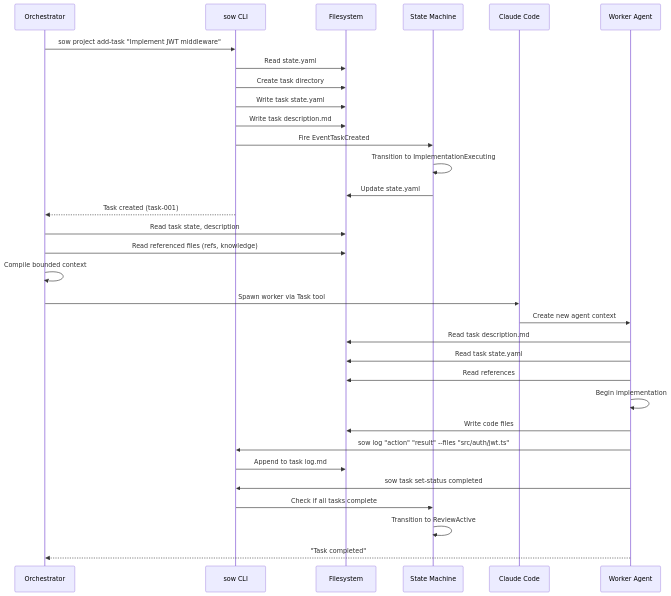
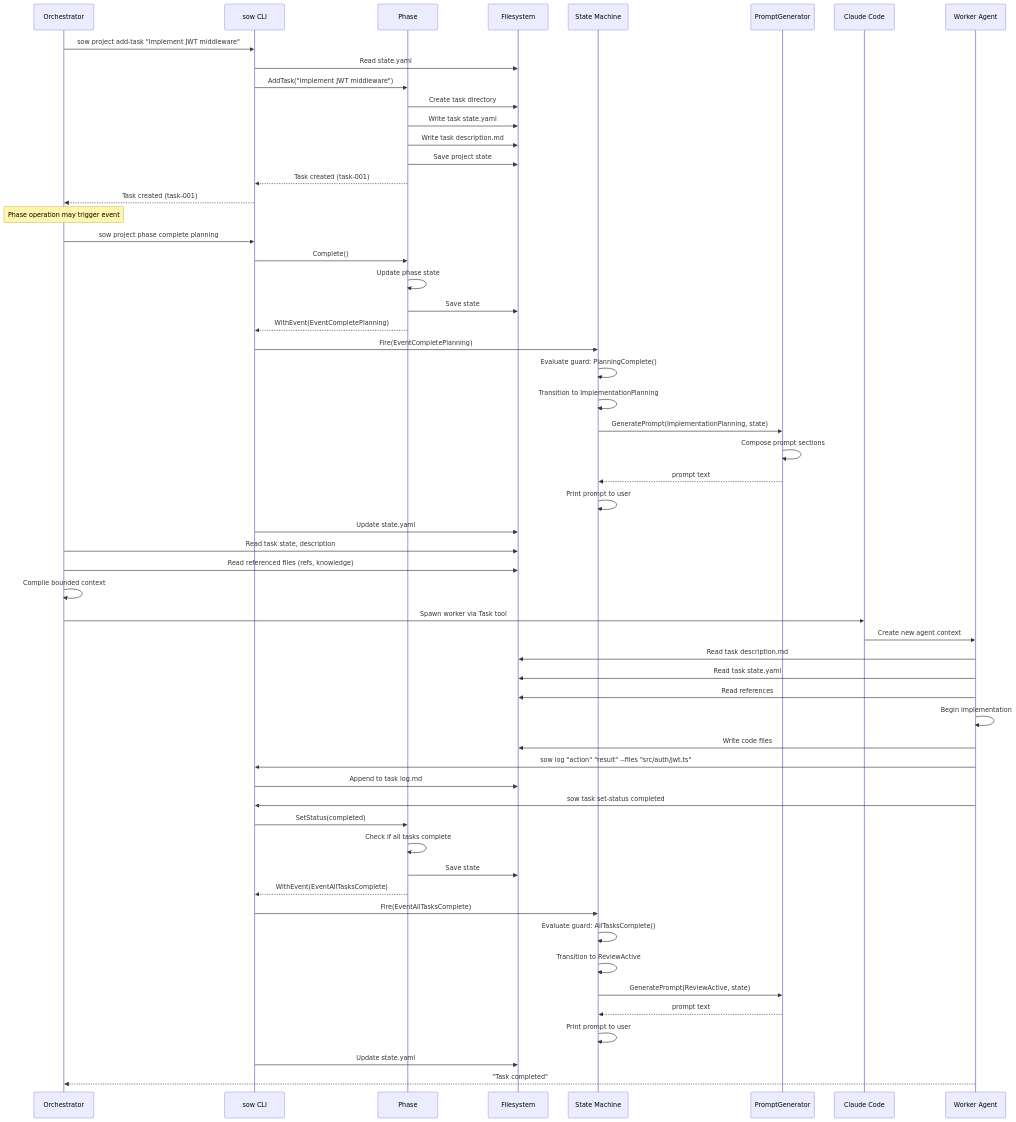
Before and after one commit to jmgilman/sow: the second of 6 diagrams in docs/architecture/06-runtime-view.md, drawn with Mermaid. The commit also changed other lines of this file and 62 other files, not shown here.

````diff
--- a/docs/architecture/06-runtime-view.md
+++ b/docs/architecture/06-runtime-view.md
@@ -55,36 +56,62 @@
 ```mermaid
 sequenceDiagram
     participant Orch as Orchestrator
     participant CLI as sow CLI
+    participant Phase as Phase
     participant FS as Filesystem
     participant SM as State Machine
+    participant PromptGen as PromptGenerator
     participant Claude as Claude Code
     participant Worker as Worker Agent
 
     Orch->>CLI: sow project add-task "Implement JWT middleware"
     CLI->>FS: Read state.yaml
-    CLI->>FS: Create task directory
-    CLI->>FS: Write task state.yaml
-    CLI->>FS: Write task description.md
-    CLI->>SM: Fire EventTaskCreated
-    SM->>SM: Transition to ImplementationExecuting
-    SM->>FS: Update state.yaml
+    CLI->>Phase: AddTask("Implement JWT middleware")
+    Phase->>FS: Create task directory
+    Phase->>FS: Write task state.yaml
+    Phase->>FS: Write task description.md
+    Phase->>FS: Save project state
+    Phase-->>CLI: Task created (task-001)
     CLI-->>Orch: Task created (task-001)
+
+    Note over Orch: Phase operation may trigger event
+    Orch->>CLI: sow project phase complete planning
+    CLI->>Phase: Complete()
+    Phase->>Phase: Update phase state
+    Phase->>FS: Save state
+    Phase-->>CLI: WithEvent(EventCompletePlanning)
+    CLI->>SM: Fire(EventCompletePlanning)
+    SM->>SM: Evaluate guard: PlanningComplete()
+    SM->>SM: Transition to ImplementationPlanning
+    SM->>PromptGen: GeneratePrompt(ImplementationPlanning, state)
+    PromptGen->>PromptGen: Compose prompt sections
+    PromptGen-->>SM: prompt text
+    SM->>SM: Print prompt to user
+    CLI->>FS: Update state.yaml
 
     Orch->>FS: Read task state, description
     Orch->>FS: Read referenced files (refs, knowledge)
     Orch->>Orch: Compile bounded context
     Orch->>Claude: Spawn worker via Task tool
     Claude->>Worker: Create new agent context
     Worker->>FS: Read task description.md
     Worker->>FS: Read task state.yaml
     Worker->>FS: Read references
     Worker->>Worker: Begin implementation
     Worker->>FS: Write code files
     Worker->>CLI: sow log "action" "result" --files "src/auth/jwt.ts"
     CLI->>FS: Append to task log.md
     Worker->>CLI: sow task set-status completed
-    CLI->>SM: Check if all tasks complete
+    CLI->>Phase: SetStatus(completed)
+    Phase->>Phase: Check if all tasks complete
+    Phase->>FS: Save state
+    Phase-->>CLI: WithEvent(EventAllTasksComplete)
+    CLI->>SM: Fire(EventAllTasksComplete)
+    SM->>SM: Evaluate guard: AllTasksComplete()
     SM->>SM: Transition to ReviewActive
+    SM->>PromptGen: GeneratePrompt(ReviewActive, state)
+    PromptGen-->>SM: prompt text
+    SM->>SM: Print prompt to user
+    CLI->>FS: Update state.yaml
     Worker-->>Orch: "Task completed"
 ```
````
